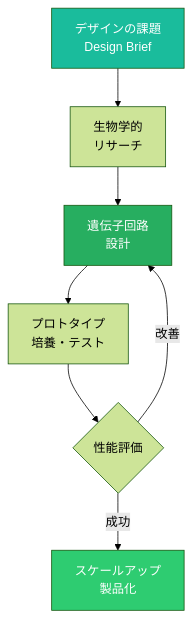
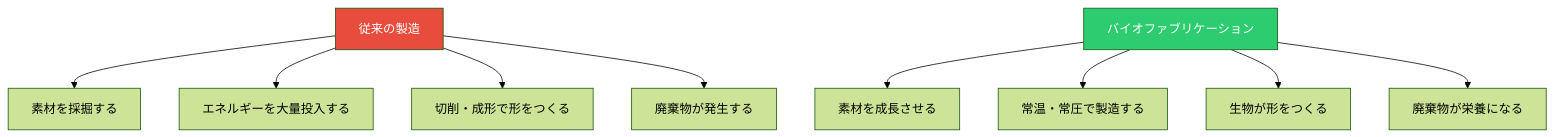
One commit to Hide-nu/Designer-curriculum changed the third of 3 diagrams in docs/books/06-sustainable-design/ch03-bio-design.md. Above: the diagram before and after it, drawn with Mermaid (forest theme). The commit also changed other lines of this file and 13 other files, not shown here.

````diff
--- a/docs/books/06-sustainable-design/ch03-bio-design.md
+++ b/docs/books/06-sustainable-design/ch03-bio-design.md
@@ -132,13 +126,15 @@
 ```mermaid
 graph TD
-    A[デザインの課題<br/>Design Brief] --> B[生物学的<br/>リサーチ]
-    B --> C[遺伝子回路<br/>設計]
-    C --> D[プロトタイプ<br/>培養・テスト]
-    D --> E{性能評価}
-    E -->|改善| C
-    E -->|成功| F[スケールアップ<br/>製品化]
+    A[従来の製造] --> B[素材を採掘する]
+    A --> C[エネルギーを大量投入する]
+    A --> D[切削・成形で形をつくる]
+    A --> E[廃棄物が発生する]
 
-    style A fill:#1ABC9C,color:#fff
-    style C fill:#27AE60,color:#fff
+    F[バイオファブリケーション] --> G[素材を成長させる]
+    F --> H[常温・常圧で製造する]
+    F --> I[生物が形をつくる]
+    F --> J[廃棄物が栄養になる]
+
+    style A fill:#E74C3C,color:#fff
     style F fill:#2ECC71,color:#fff
 ```
````
